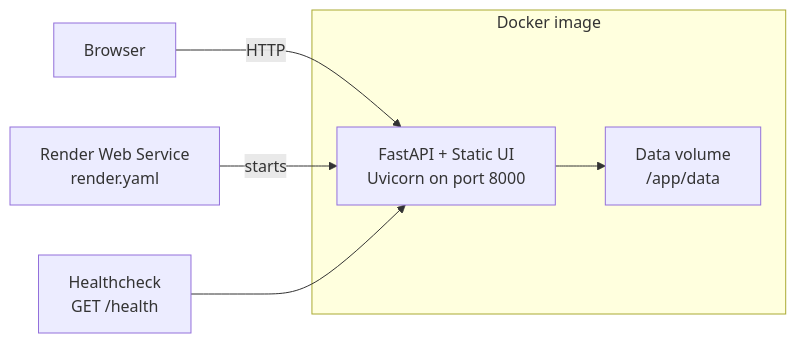
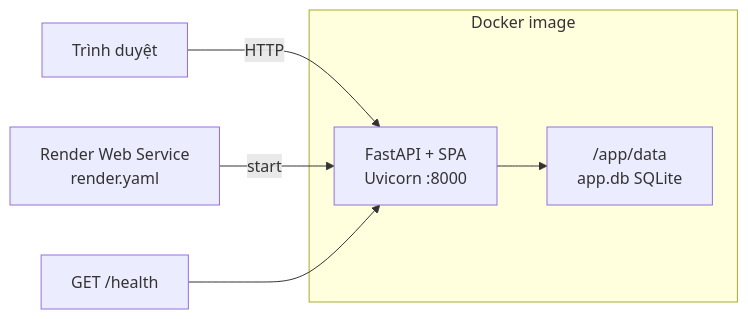
One commit to tuananhpham-vnu/VmedTriage_MicroGenius changed the fourth of 4 diagrams in ARCHITECTURE.md. Above: the diagram before and after it, drawn with Mermaid. The commit also changed other lines of this file and 9 other files, not shown here.

````diff
--- a/ARCHITECTURE.md
+++ b/ARCHITECTURE.md
@@ -219,13 +528,11 @@
 ```mermaid
 graph LR
-    Browser[Browser] -->|HTTP| App[FastAPI + Static UI<br/>Uvicorn on port 8000]
-
-    subgraph Docker[Docker image]
+    Browser[Trình duyệt] -->|HTTP| App["FastAPI + SPA<br/>Uvicorn :8000"]
+    subgraph Docker["Docker image"]
         App
-        DataDir[Data volume<br/>/app/data]
+        DataDir["/app/data<br/>app.db SQLite"]
     end
-
     App --> DataDir
-    Render[Render Web Service<br/>render.yaml] -->|starts| App
-    Healthcheck[Healthcheck<br/>GET /health] --> App
+    Render["Render Web Service<br/>render.yaml"] -->|start| App
+    HC["GET /health"] --> App
 ```
````
